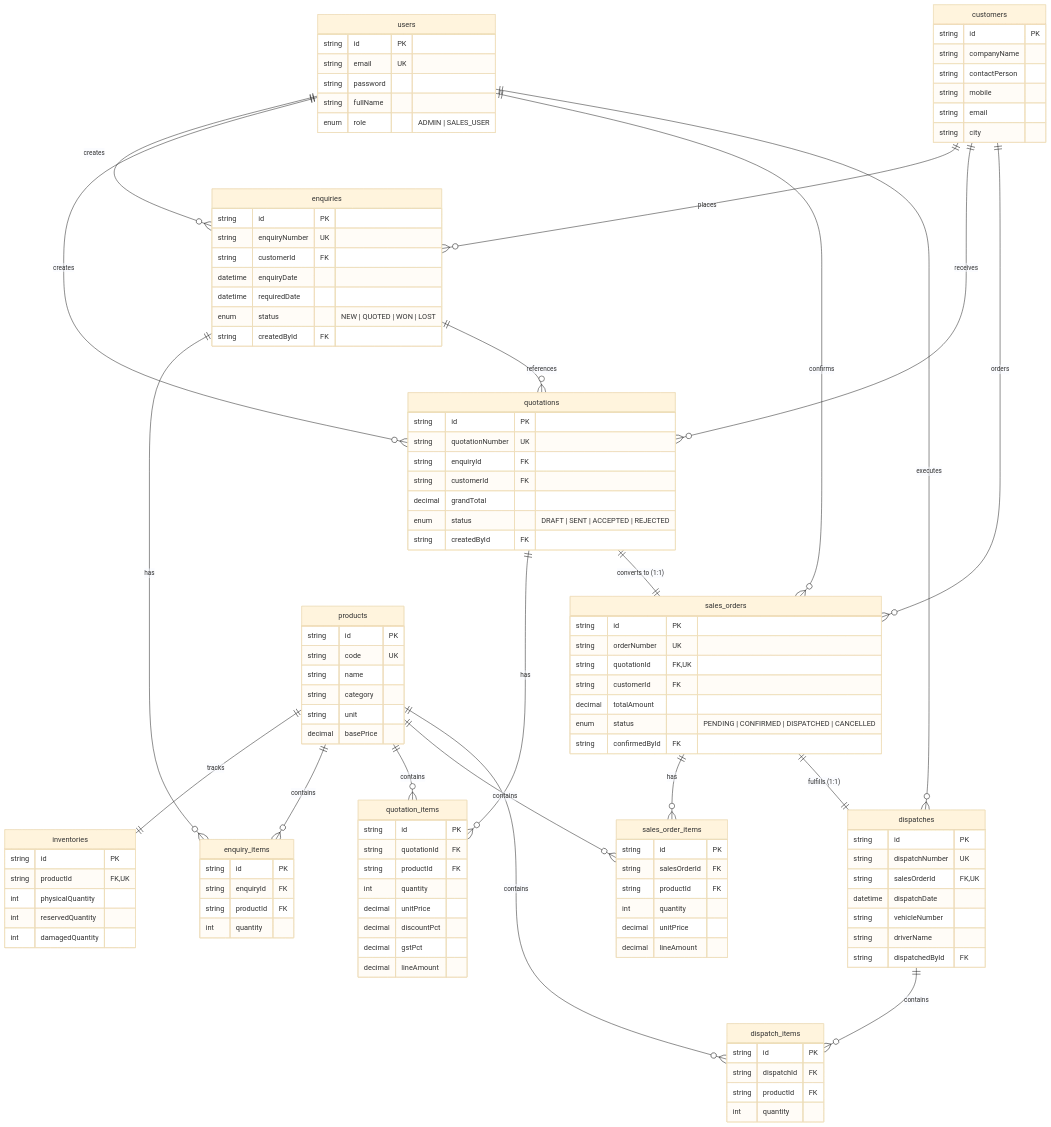
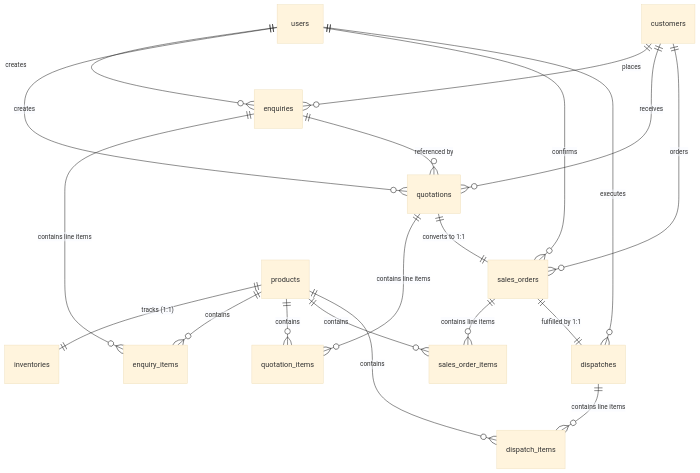
One commit to GoondlaBalaji/fundsroom-erp-pern changed the diagram in README.md. Above: the diagram before and after it, drawn with Mermaid (base theme). The commit also changed other lines of this file and 13 other files, not shown here.

````diff
--- a/README.md
+++ b/README.md
@@ -98,117 +155,20 @@
     customers ||--o{ quotations : "receives"
     customers ||--o{ sales_orders : "orders"
 
-    products ||--|| inventories : "tracks"
+    products ||--|| inventories : "tracks (1:1)"
     products ||--o{ enquiry_items : "contains"
     products ||--o{ quotation_items : "contains"
     products ||--o{ sales_order_items : "contains"
     products ||--o{ dispatch_items : "contains"
 
-    enquiries ||--o{ enquiry_items : "has"
-    enquiries ||--o{ quotations : "references"
+    enquiries ||--o{ enquiry_items : "contains line items"
+    enquiries ||--o{ quotations : "referenced by"
 
-    quotations ||--o{ quotation_items : "has"
-    quotations ||--|| sales_orders : "converts to (1:1)"
+    quotations ||--o{ quotation_items : "contains line items"
+    quotations ||--|| sales_orders : "converts to 1:1"
 
-    sales_orders ||--o{ sales_order_items : "has"
-    sales_orders ||--|| dispatches : "fulfills (1:1)"
+    sales_orders ||--o{ sales_order_items : "contains line items"
+    sales_orders ||--|| dispatches : "fulfilled by 1:1"
 
-    dispatches ||--o{ dispatch_items : "contains"
-
-    users {
-        string id PK
-        string email UK
-        string password
-        string fullName
-        enum role "ADMIN | SALES_USER"
-    }
-    customers {
-        string id PK
-        string companyName
-        string contactPerson
-        string mobile
-        string email
-        string city
-    }
-    products {
-        string id PK
-        string code UK
-        string name
-        string category
-        string unit
-        decimal basePrice
-    }
-    inventories {
-        string id PK
-        string productId FK,UK
-        int physicalQuantity
-        int reservedQuantity
-        int damagedQuantity
-    }
-    enquiries {
-        string id PK
-        string enquiryNumber UK
-        string customerId FK
-        datetime enquiryDate
-        datetime requiredDate
-        enum status "NEW | QUOTED | WON | LOST"
-        string createdById FK
-    }
-    enquiry_items {
-        string id PK
-        string enquiryId FK
-        string productId FK
-        int quantity
-    }
-    quotations {
-        string id PK
-        string quotationNumber UK
-        string enquiryId FK
-        string customerId FK
-        decimal grandTotal
-        enum status "DRAFT | SENT | ACCEPTED | REJECTED"
-        string createdById FK
-    }
-    quotation_items {
-        string id PK
-        string quotationId FK
-        string productId FK
-        int quantity
-        decimal unitPrice
-        decimal discountPct
-        decimal gstPct
-        decimal lineAmount
-    }
-    sales_orders {
-        string id PK
-        string orderNumber UK
-        string quotationId FK,UK
-        string customerId FK
-        decimal totalAmount
-        enum status "PENDING | CONFIRMED | DISPATCHED | CANCELLED"
-        string confirmedById FK
-    }
-    sales_order_items {
-        string id PK
-        string salesOrderId FK
-        string productId FK
-        int quantity
-        decimal unitPrice
-        decimal lineAmount
-    }
-    dispatches {
-        string id PK
-        string dispatchNumber UK
-        string salesOrderId FK,UK
-        datetime dispatchDate
-        string vehicleNumber
-        string driverName
-        string dispatchedById FK
-    }
-    dispatch_items {
-        string id PK
-        string dispatchId FK
-        string productId FK
-        int quantity
-    }
+    dispatches ||--o{ dispatch_items : "contains line items"
 ```
````
